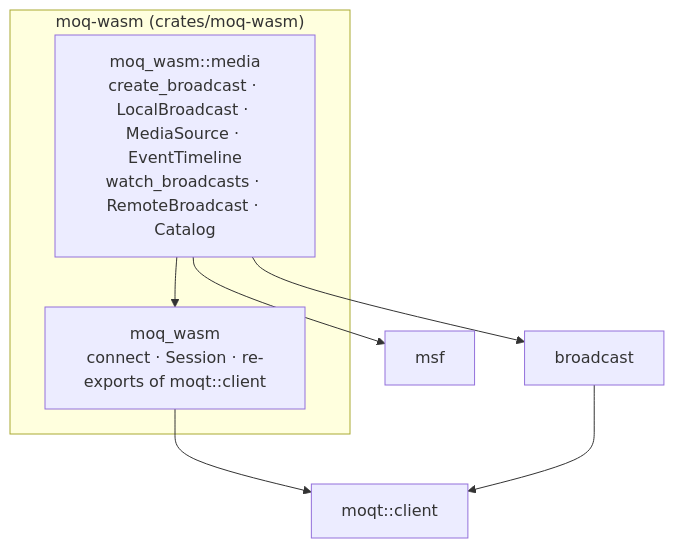
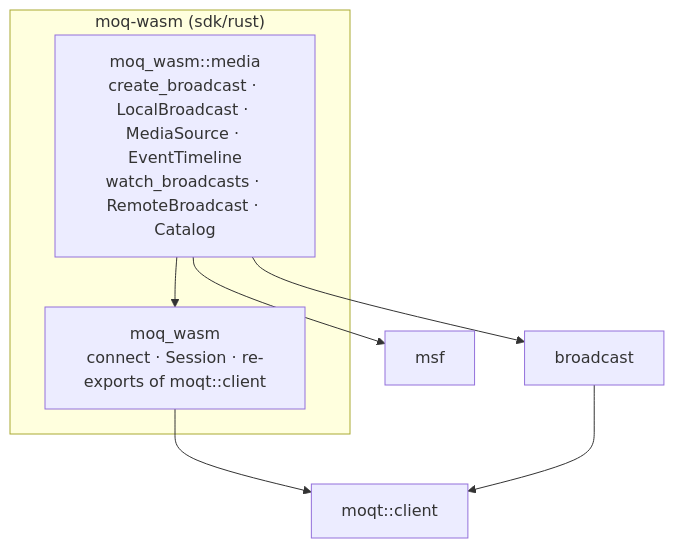
The diagram in docs/architecture/moq-wasm/sdk.md (nttcom/moq-wasm), drawn with Mermaid before and after one commit. The commit also changed other lines of this file and 11 other files, not shown here.

First line of the commit message:
feat(moq-wasm): add the Rust SDK core in sdk/rust (#1846)

````diff
--- a/docs/architecture/moq-wasm/sdk.md
+++ b/docs/architecture/moq-wasm/sdk.md
@@ -88,12 +87,12 @@
 ```mermaid
 flowchart TB
-    subgraph moq_wasm["moq-wasm (crates/moq-wasm)"]
+    subgraph moq_wasm["moq-wasm (sdk/rust)"]
         media["moq_wasm::media<br/>create_broadcast · LocalBroadcast · MediaSource · EventTimeline<br/>watch_broadcasts · RemoteBroadcast · Catalog"]
         core["moq_wasm<br/>connect · Session · re-exports of moqt::client"]
     end
     media --> core
     media --> broadcast["broadcast"]
     media --> msf["msf"]
     core --> moqt["moqt::client"]
     broadcast --> moqt
 ```
````
